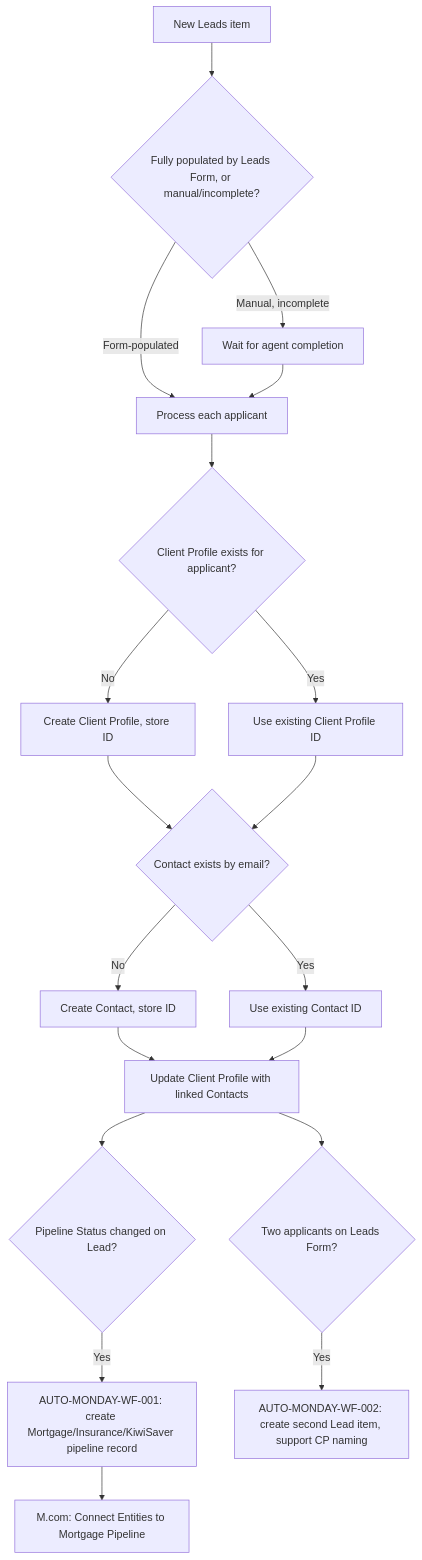
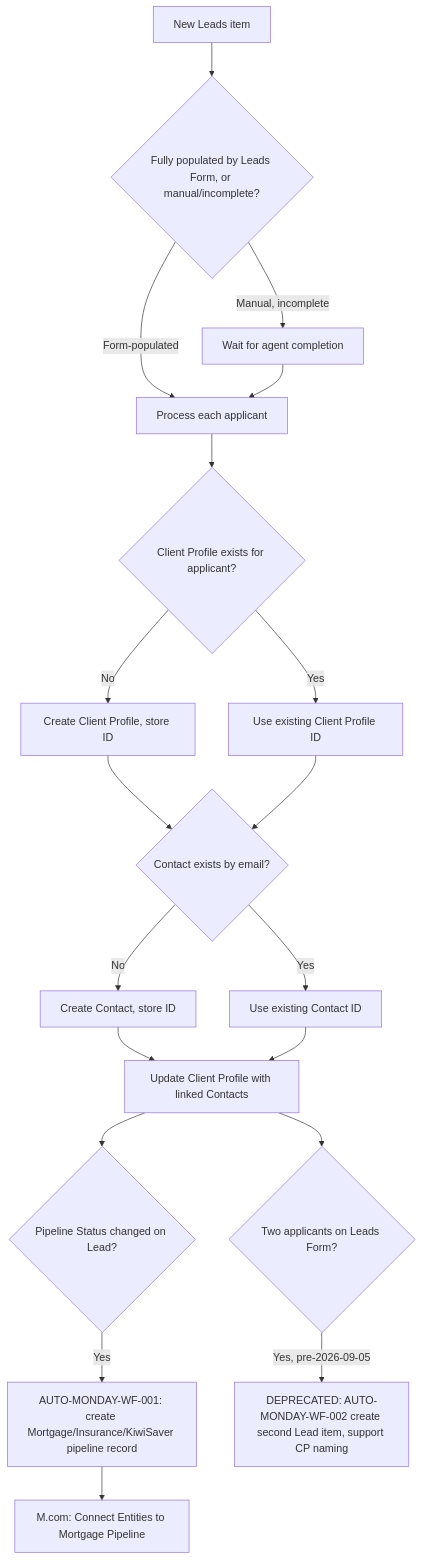
One commit to ElLeonITWizard/rsfa-technical-knowledge changed the diagram in knowledge/automations/make/AUTO-LEADS-001-lead-client-profile-creation.md. Above: the diagram before and after it, drawn with Mermaid. The commit also changed other lines of this file and 14 other files, not shown here.

````diff
--- a/knowledge/automations/make/AUTO-LEADS-001-lead-client-profile-creation.md
+++ b/knowledge/automations/make/AUTO-LEADS-001-lead-client-profile-creation.md
@@ -137,21 +165,21 @@
 ```mermaid
 flowchart TD
     A[New Leads item] --> B{Fully populated by Leads Form, or manual/incomplete?}
     B -->|Form-populated| C[Process each applicant]
     B -->|Manual, incomplete| D[Wait for agent completion]
     D --> C
     C --> E{Client Profile exists for applicant?}
     E -->|No| F[Create Client Profile, store ID]
     E -->|Yes| G[Use existing Client Profile ID]
     F --> H{Contact exists by email?}
     G --> H
     H -->|No| I[Create Contact, store ID]
     H -->|Yes| J[Use existing Contact ID]
     I --> K[Update Client Profile with linked Contacts]
     J --> K
     K --> L{Pipeline Status changed on Lead?}
     L -->|Yes| M[AUTO-MONDAY-WF-001: create Mortgage/Insurance/KiwiSaver pipeline record]
     M --> N[M.com: Connect Entities to Mortgage Pipeline]
     K --> O{Two applicants on Leads Form?}
-    O -->|Yes| P[AUTO-MONDAY-WF-002: create second Lead item, support CP naming]
+    O -->|Yes, pre-2026-09-05| P[DEPRECATED: AUTO-MONDAY-WF-002 create second Lead item, support CP naming]
 ```
````
